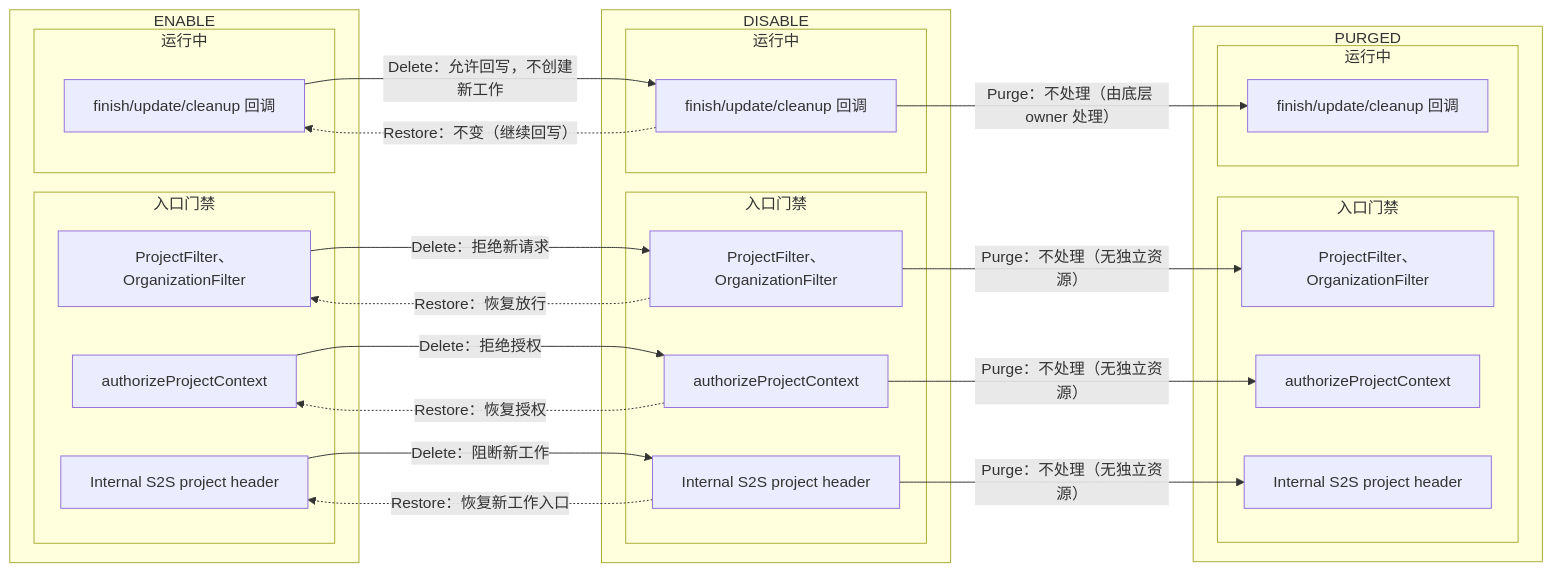
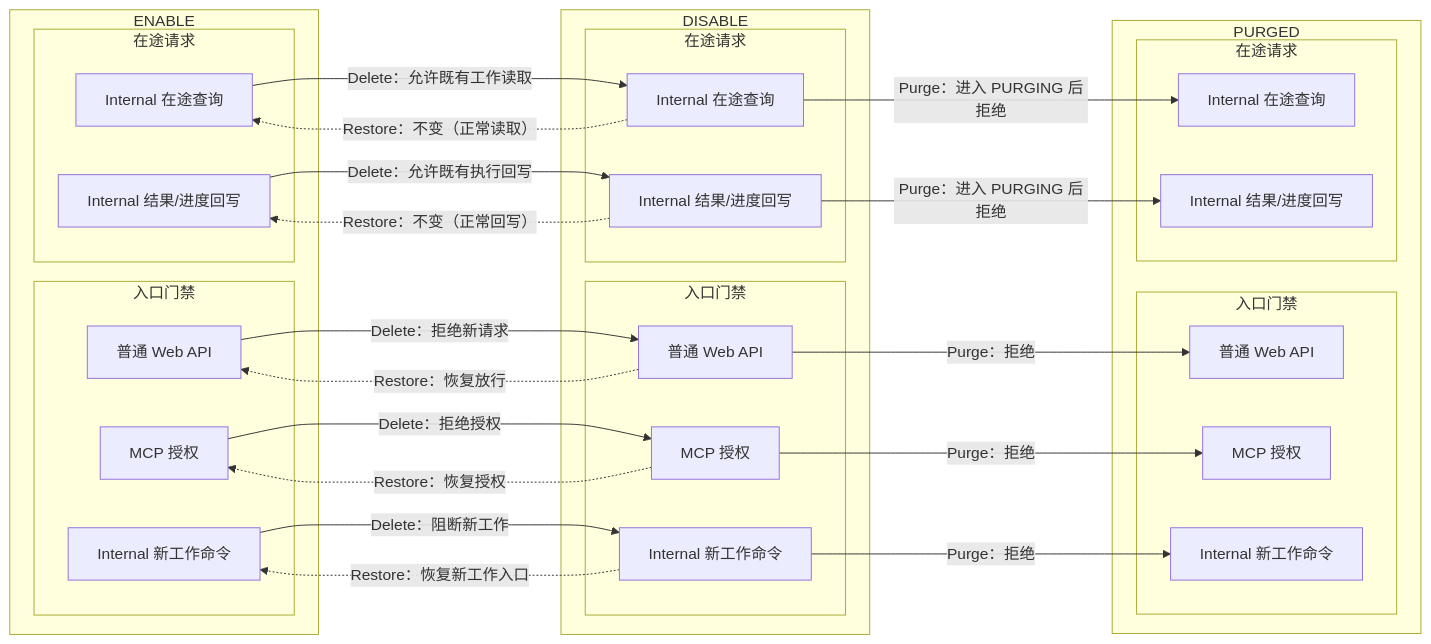
Before and after one commit to qinwenshiCH/workflow: the fourth of 23 diagrams in specs/20260716-Wave-Refac-OrganizationProjectLifecycle/04-detail.md, drawn with Mermaid. The commit also changed other lines of this file and 4 other files, not shown here.

````diff
--- a/specs/20260716-Wave-Refac-OrganizationProjectLifecycle/04-detail.md
+++ b/specs/20260716-Wave-Refac-OrganizationProjectLifecycle/04-detail.md
@@ -218,48 +239,54 @@
 ```mermaid
 flowchart LR
     subgraph enable["ENABLE"]
         subgraph e_gate["入口门禁"]
-            EFilter["ProjectFilter、OrganizationFilter"]
-            EAuthorize["authorizeProjectContext"]
-            ES2S["Internal S2S project header"]
+            EFilter["普通 Web API"]
+            EAuthorize["MCP 授权"]
+            ECommand["Internal 新工作命令"]
         end
-        subgraph e_runtime["运行中"]
-            ECallback["finish/update/cleanup 回调"]
+        subgraph e_runtime["在途请求"]
+            EQuery["Internal 在途查询"]
+            ECallback["Internal 结果/进度回写"]
         end
     end
 
     subgraph disable["DISABLE"]
         subgraph d_gate["入口门禁"]
-            DFilter["ProjectFilter、OrganizationFilter"]
-            DAuthorize["authorizeProjectContext"]
-            DS2S["Internal S2S project header"]
+            DFilter["普通 Web API"]
+            DAuthorize["MCP 授权"]
+            DCommand["Internal 新工作命令"]
         end
-        subgraph d_runtime["运行中"]
-            DCallback["finish/update/cleanup 回调"]
+        subgraph d_runtime["在途请求"]
+            DQuery["Internal 在途查询"]
+            DCallback["Internal 结果/进度回写"]
         end
     end
 
     subgraph purged["PURGED"]
         subgraph p_gate["入口门禁"]
-            PFilter["ProjectFilter、OrganizationFilter"]
-            PAuthorize["authorizeProjectContext"]
-            PS2S["Internal S2S project header"]
+            PFilter["普通 Web API"]
+            PAuthorize["MCP 授权"]
+            PCommand["Internal 新工作命令"]
         end
-        subgraph p_runtime["运行中"]
-            PCallback["finish/update/cleanup 回调"]
+        subgraph p_runtime["在途请求"]
+            PQuery["Internal 在途查询"]
+            PCallback["Internal 结果/进度回写"]
         end
     end
 
     EFilter -->|Delete：拒绝新请求| DFilter
     EAuthorize -->|Delete：拒绝授权| DAuthorize
-    ES2S -->|Delete：阻断新工作| DS2S
-    ECallback -->|Delete：允许回写，不创建新工作| DCallback
+    ECommand -->|Delete：阻断新工作| DCommand
+    EQuery -->|Delete：允许既有工作读取| DQuery
+    ECallback -->|Delete：允许既有执行回写| DCallback
     DFilter -.->|Restore：恢复放行| EFilter
     DAuthorize -.->|Restore：恢复授权| EAuthorize
-    DS2S -.->|Restore：恢复新工作入口| ES2S
-    DCallback -.->|Restore：不变（继续回写）| ECallback
-    DFilter -->|Purge：不处理（无独立资源）| PFilter
-    DAuthorize -->|Purge：不处理（无独立资源）| PAuthorize
-    DS2S -->|Purge：不处理（无独立资源）| PS2S
-    DCallback -->|Purge：不处理（由底层 owner 处理）| PCallback
+    DCommand -.->|Restore：恢复新工作入口| ECommand
+    DQuery -.->|Restore：不变（正常读取）| EQuery
+    DCallback -.->|Restore：不变（正常回写）| ECallback
+    DFilter -->|Purge：拒绝| PFilter
+    DAuthorize -->|Purge：拒绝| PAuthorize
+    DCommand -->|Purge：拒绝| PCommand
+    DQuery -->|Purge：进入 PURGING 后拒绝| PQuery
+    DCallback -->|Purge：进入 PURGING 后拒绝| PCallback
 ```
````
